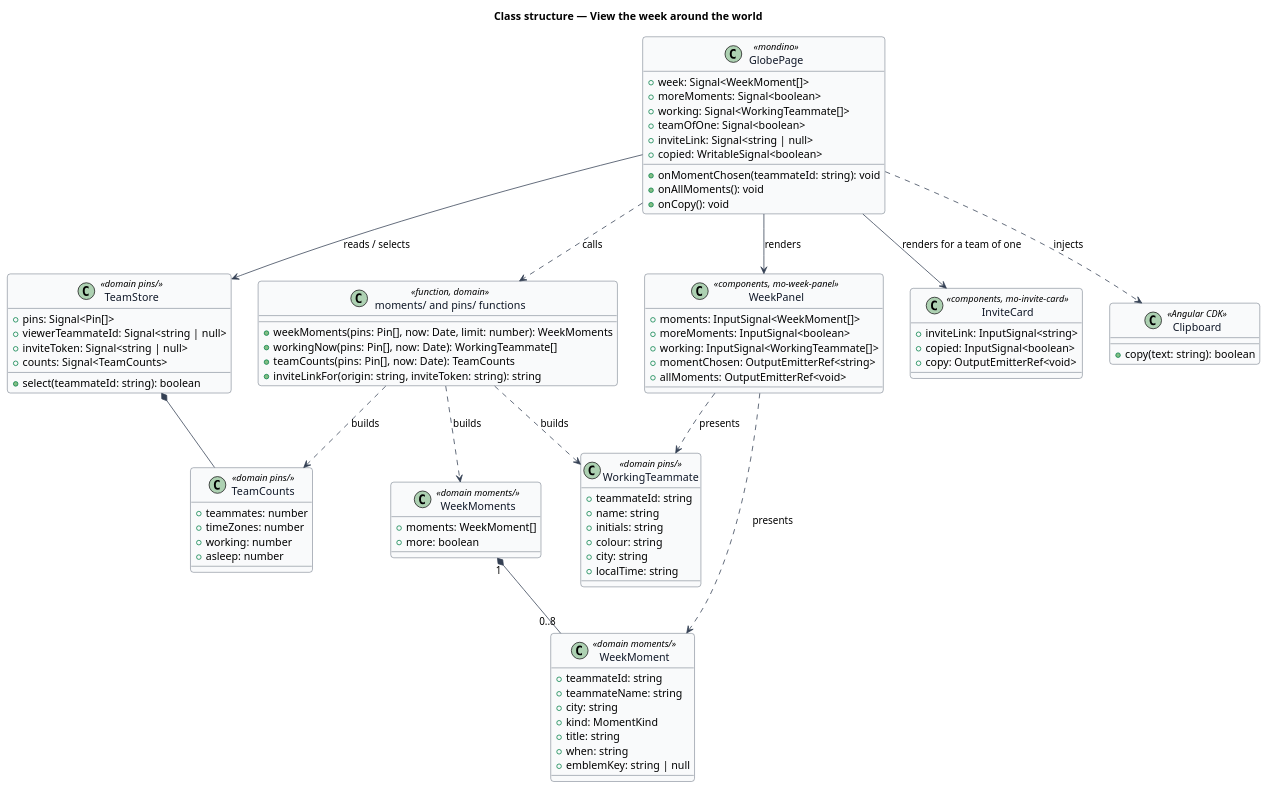
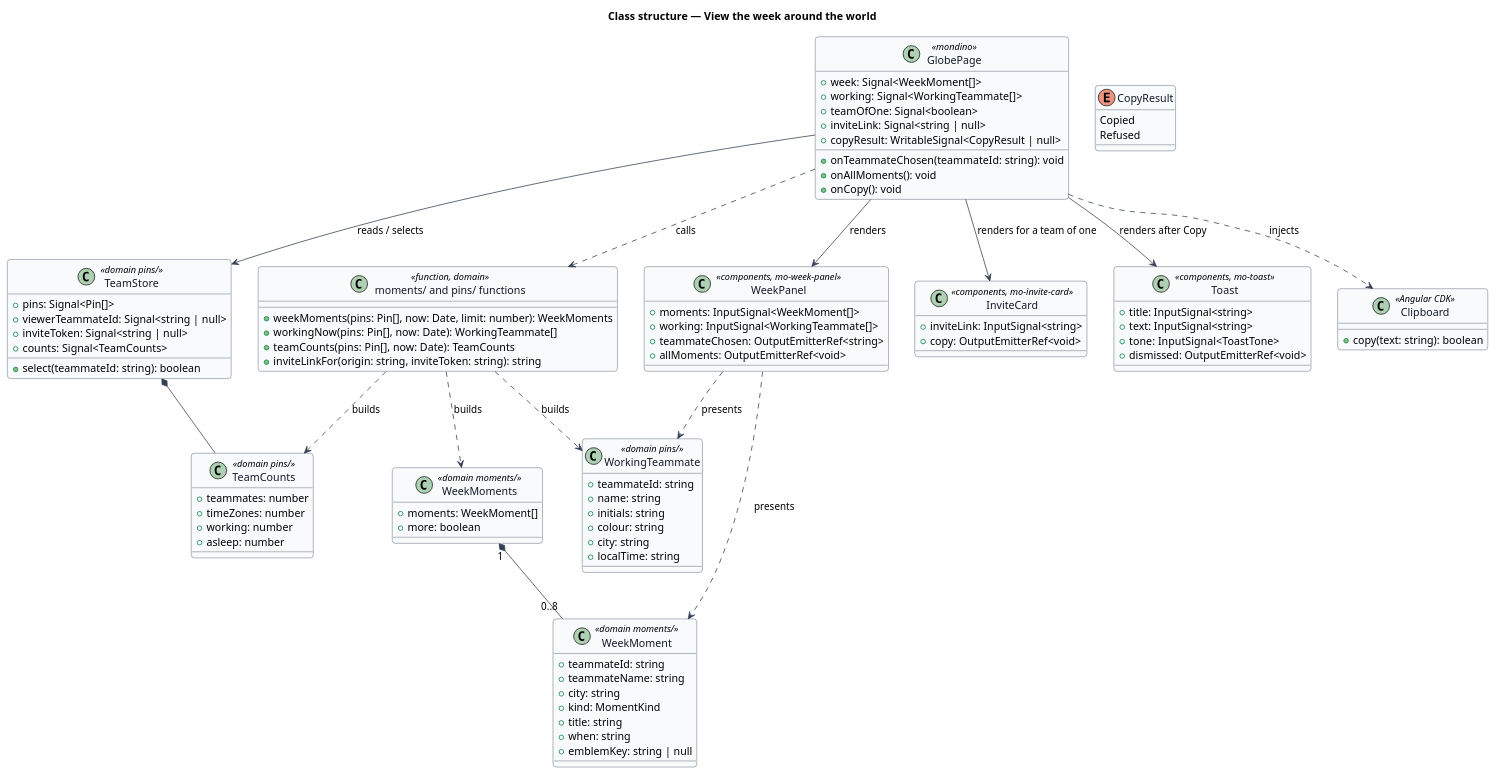
One commit to QuinntyneBrown/Mondino changed the diagram in docs/detailed-designs/team/view-week-around-the-world/diagrams/class-structure.puml. Above: the diagram before and after it, drawn with PlantUML. The commit also changed 5 other files, not shown here.

```diff
--- a/docs/detailed-designs/team/view-week-around-the-world/diagrams/class-structure.puml
+++ b/docs/detailed-designs/team/view-week-around-the-world/diagrams/class-structure.puml
@@ -1,102 +1,112 @@
 @startuml
 skinparam backgroundColor #FFFFFF
 skinparam shadowing false
 skinparam roundcorner 8
 skinparam defaultFontName Arial
 skinparam ArrowColor #344054
 skinparam class {
   BorderColor #344054
   FontColor #101828
   BackgroundColor #F9FAFB
 }
 title Class structure — View the week around the world
 
 class GlobePage <<mondino>> {
   +week: Signal<WeekMoment[]>
-  +moreMoments: Signal<boolean>
   +working: Signal<WorkingTeammate[]>
   +teamOfOne: Signal<boolean>
   +inviteLink: Signal<string | null>
-  +copied: WritableSignal<boolean>
-  +onMomentChosen(teammateId: string): void
+  +copyResult: WritableSignal<CopyResult | null>
+  +onTeammateChosen(teammateId: string): void
   +onAllMoments(): void
   +onCopy(): void
 }
 
 class TeamStore <<domain pins/>> {
   +pins: Signal<Pin[]>
   +viewerTeammateId: Signal<string | null>
   +inviteToken: Signal<string | null>
   +counts: Signal<TeamCounts>
   +select(teammateId: string): boolean
 }
 
 class TeamCounts <<domain pins/>> {
   +teammates: number
   +timeZones: number
   +working: number
   +asleep: number
 }
 
 class "moments/ and pins/ functions" as fn <<function, domain>> {
   +weekMoments(pins: Pin[], now: Date, limit: number): WeekMoments
   +workingNow(pins: Pin[], now: Date): WorkingTeammate[]
   +teamCounts(pins: Pin[], now: Date): TeamCounts
   +inviteLinkFor(origin: string, inviteToken: string): string
 }
 
 class WeekMoments <<domain moments/>> {
   +moments: WeekMoment[]
   +more: boolean
 }
 
 class WeekMoment <<domain moments/>> {
   +teammateId: string
   +teammateName: string
   +city: string
   +kind: MomentKind
   +title: string
   +when: string
   +emblemKey: string | null
 }
 
 class WorkingTeammate <<domain pins/>> {
   +teammateId: string
   +name: string
   +initials: string
   +colour: string
   +city: string
   +localTime: string
 }
 
 class WeekPanel <<components, mo-week-panel>> {
   +moments: InputSignal<WeekMoment[]>
-  +moreMoments: InputSignal<boolean>
   +working: InputSignal<WorkingTeammate[]>
-  +momentChosen: OutputEmitterRef<string>
+  +teammateChosen: OutputEmitterRef<string>
   +allMoments: OutputEmitterRef<void>
 }
 
 class InviteCard <<components, mo-invite-card>> {
   +inviteLink: InputSignal<string>
-  +copied: InputSignal<boolean>
   +copy: OutputEmitterRef<void>
+}
+
+enum CopyResult {
+  Copied
+  Refused
+}
+
+class Toast <<components, mo-toast>> {
+  +title: InputSignal<string>
+  +text: InputSignal<string>
+  +tone: InputSignal<ToastTone>
+  +dismissed: OutputEmitterRef<void>
 }
 
 class Clipboard <<Angular CDK>> {
   +copy(text: string): boolean
 }
 
 GlobePage --> TeamStore : reads / selects
 GlobePage ..> fn : calls
 GlobePage --> WeekPanel : renders
 GlobePage --> InviteCard : renders for a team of one
 GlobePage ..> Clipboard : injects
+GlobePage --> Toast : renders after Copy
 TeamStore *-- TeamCounts
 fn ..> WeekMoments : builds
 fn ..> WorkingTeammate : builds
 fn ..> TeamCounts : builds
 WeekMoments "1" *-- "0..8" WeekMoment
 WeekPanel ..> WeekMoment : presents
 WeekPanel ..> WorkingTeammate : presents
 @enduml
```
